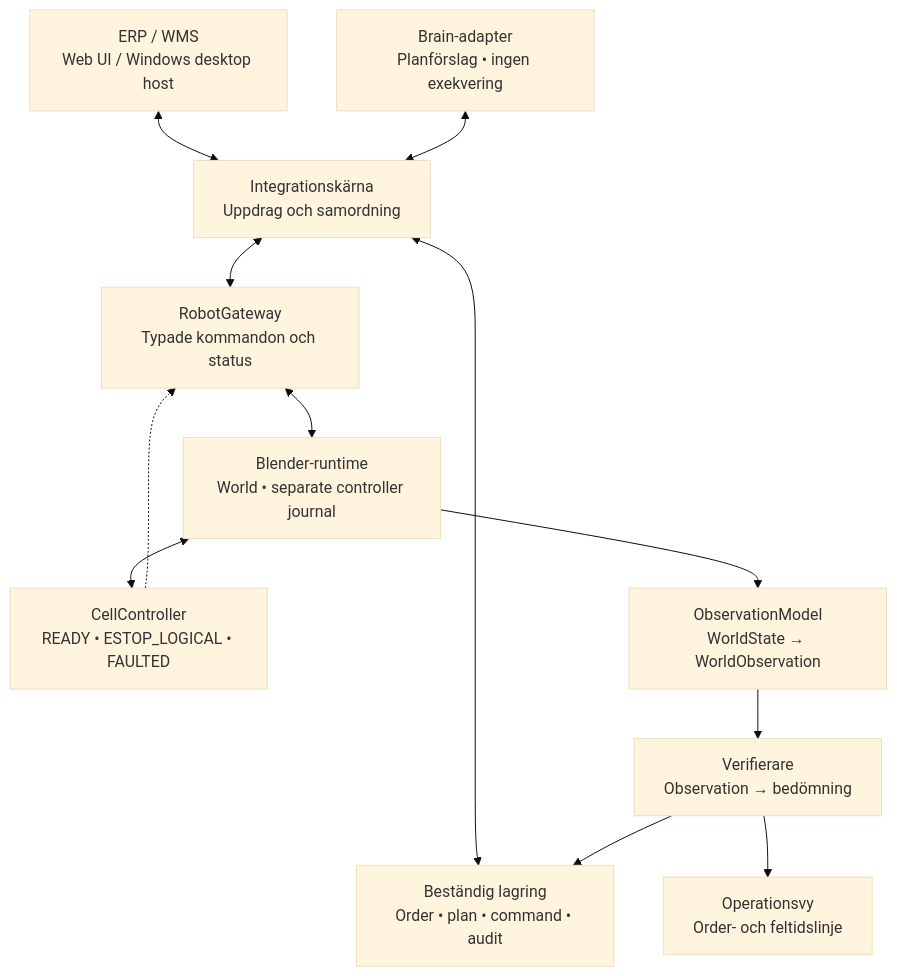
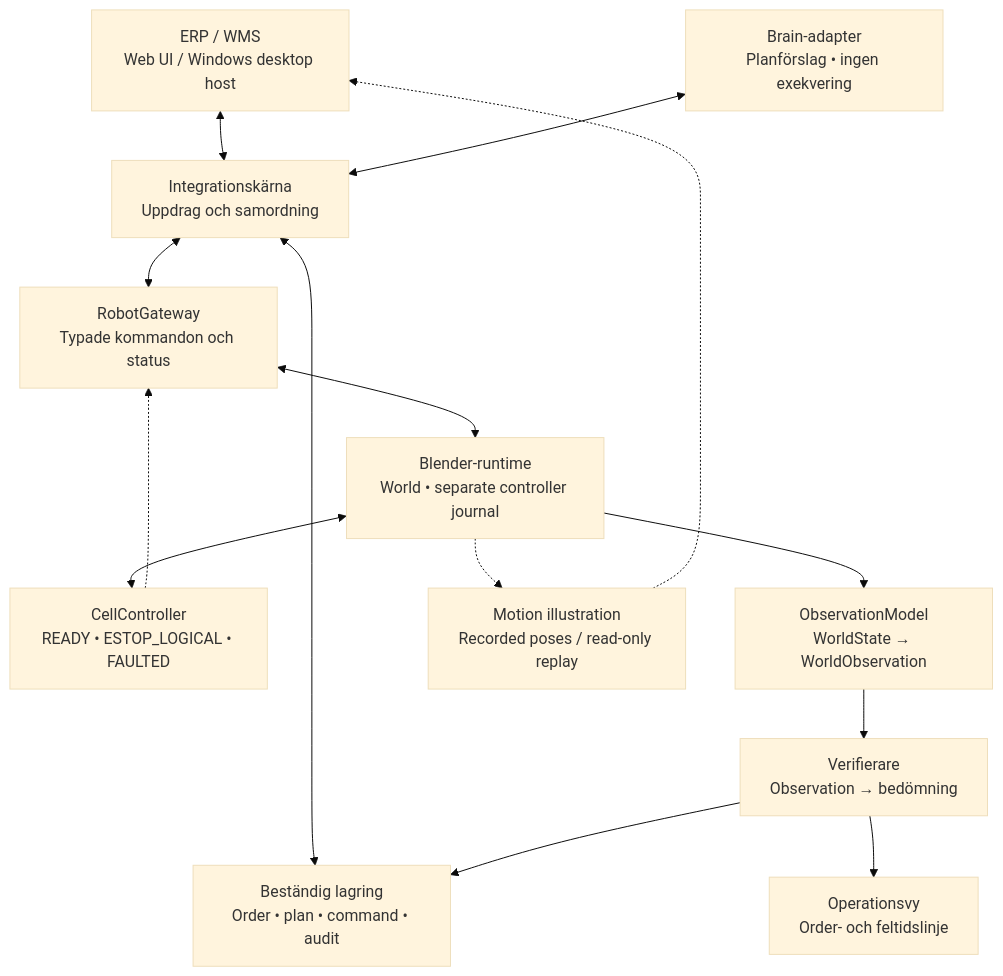
One commit to raal1600/SICS-RobotOps-Twin-E2E-Warehouse-Robotics-Integration-Simulator changed the diagram in sources/diagrams/architecture.mmd. Above: the diagram before and after it, drawn with Mermaid (base theme). The commit also changed 28 other files, not shown here.

```diff
--- a/sources/diagrams/architecture.mmd
+++ b/sources/diagrams/architecture.mmd
@@ -1,22 +1,25 @@
 flowchart TD
   erp["ERP / WMS<br/>Web UI / Windows desktop host"]
   core["Integrationskärna<br/>Uppdrag och samordning"]
   gateway["RobotGateway<br/>Typade kommandon och status"]
   brain["Brain-adapter<br/>Planförslag • ingen exekvering"]
   db["Beständig lagring<br/>Order • plan • command • audit"]
   world["Blender-runtime<br/>World • separate controller journal"]
   monitor["Operationsvy<br/>Order- och feltidslinje"]
   verify["Verifierare<br/>Observation → bedömning"]
   cell["CellController<br/>READY • ESTOP_LOGICAL • FAULTED"]
   observation["ObservationModel<br/>WorldState → WorldObservation"]
+  replay["Motion illustration<br/>Recorded poses / read-only replay"]
   erp <--> core
   core <--> gateway
   core <--> db
   gateway <--> world
   world <--> cell
   verify --> db
   verify --> monitor
   brain <--> core
   cell -.-> gateway
   world --> observation
   observation --> verify
+  world -.-> replay
+  replay -.-> erp
```
